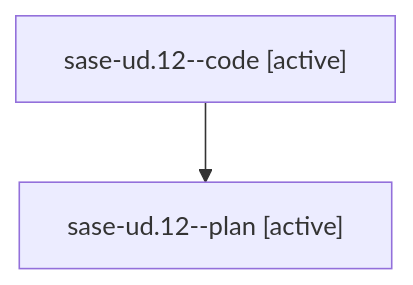
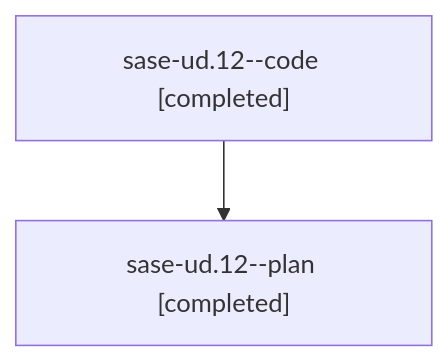
Before and after one commit to sase-org/sase--agents: the diagram in families/bbugyi200.athena.sase-ud.12.md, drawn with Mermaid. The commit also changed other lines of this file and 158 other files, not shown here.

````diff
--- a/families/bbugyi200.athena.sase-ud.12.md
+++ b/families/bbugyi200.athena.sase-ud.12.md
@@ -9,6 +9,6 @@
 ```mermaid
 flowchart TD
-  n0["sase-ud.12--code [active]"]
-  n1["sase-ud.12--plan [active]"]
+  n0["sase-ud.12--code [completed]"]
+  n1["sase-ud.12--plan [completed]"]
   n0 --> n1
 ```
````
